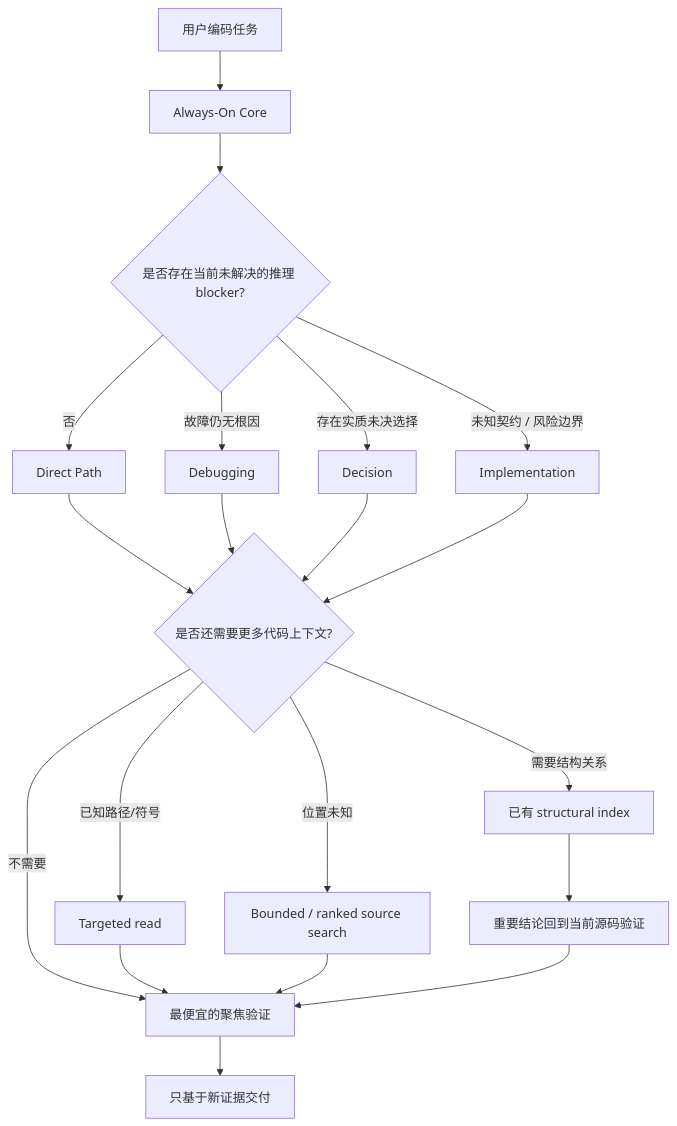
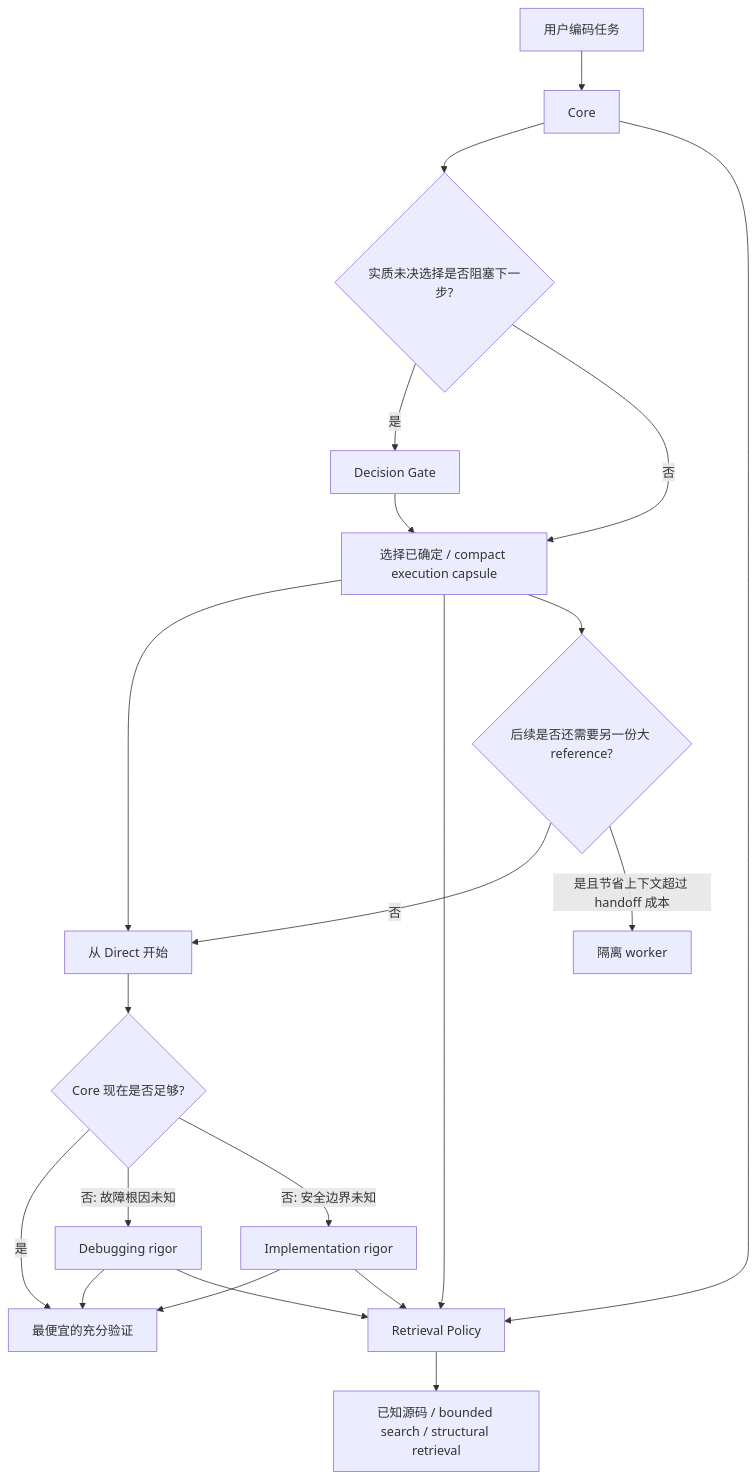
The diagram in README_zh.md (Hubujiu/practical-coding), drawn with Mermaid before and after one commit. The commit also changed other lines of this file, not shown here.

Commit message:
docs: add Chinese v1.3 adaptive rigor guide

````diff
--- a/README_zh.md
+++ b/README_zh.md
@@ -50,25 +31,26 @@
 ```mermaid
 flowchart TB
-    T[用户编码任务] --> C[Always-On Core]
-    C --> E{是否存在当前未解决的推理 blocker?}
-    E -->|否| D[Direct Path]
-    E -->|故障仍无根因| G[Debugging]
-    E -->|存在实质未决选择| A[Decision]
-    E -->|未知契约 / 风险边界| I[Implementation]
+    T[用户编码任务] --> C[Core]
+    C --> D{实质未决选择是否阻塞下一步?}
+    D -->|是| Q[Decision Gate]
+    Q --> C2[选择已确定 / compact execution capsule]
+    D -->|否| C2
 
-    D --> R{是否还需要更多代码上下文?}
+    C2 --> E[从 Direct 开始]
+    E --> S{Core 现在是否足够?}
+    S -->|是| V[最便宜的充分验证]
+    S -->|否: 故障根因未知| G[Debugging rigor]
+    S -->|否: 安全边界未知| I[Implementation rigor]
+    G --> V
+    I --> V
+
+    C --> R[Retrieval Policy]
+    C2 --> R
     G --> R
-    A --> R
     I --> R
+    R --> K[已知源码 / bounded search / structural retrieval]
 
-    R -->|不需要| V[最便宜的聚焦验证]
-    R -->|已知路径/符号| K[Targeted read]
-    R -->|位置未知| S[Bounded / ranked source search]
-    R -->|需要结构关系| X[已有 structural index]
-
-    K --> V
-    S --> V
-    X --> Q[重要结论回到当前源码验证]
-    Q --> V
-    V --> O[只基于新证据交付]
+    C2 --> X{后续是否还需要另一份大 reference?}
+    X -->|否| E
+    X -->|是且节省上下文超过 handoff 成本| W[隔离 worker]
 ```
````
